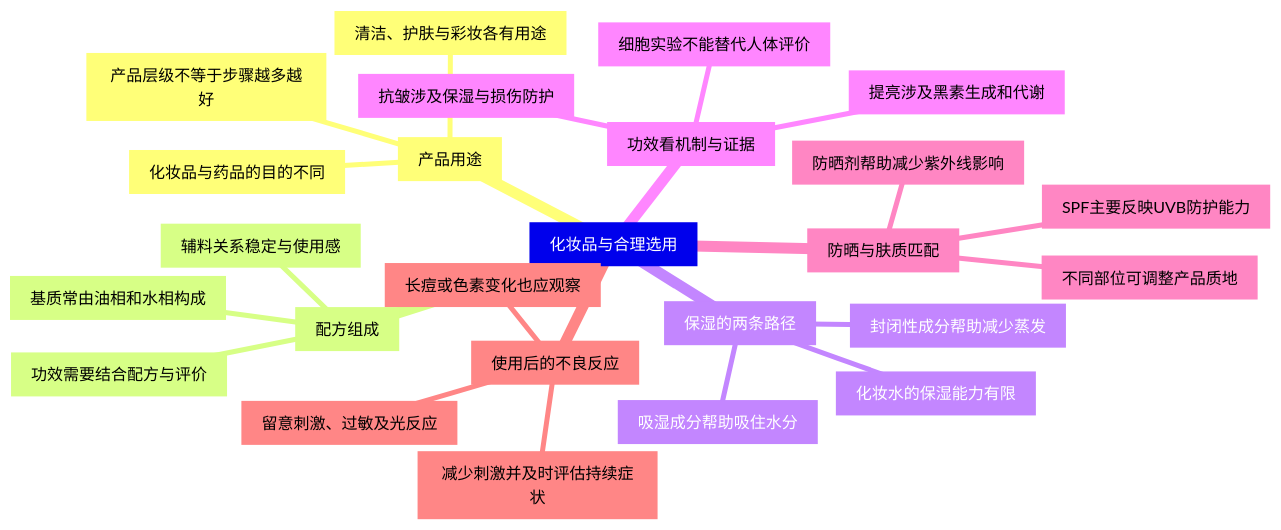
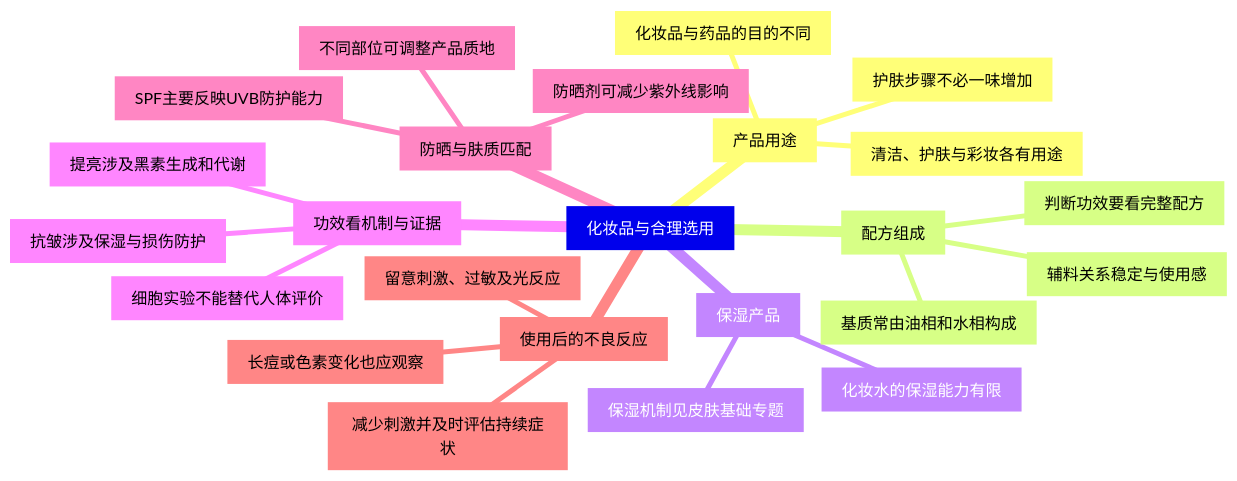
One commit to hanson2017ear/skin-barrier-skincare-course changed the diagram in docs/assets/lessons/cosmetics.mmd. Above: the diagram before and after it, drawn with Mermaid. The commit also changed 54 other files, not shown here.

Commit message:
Correct course chronology and teaching attribution; refine notes and diagrams

```diff
--- a/docs/assets/lessons/cosmetics.mmd
+++ b/docs/assets/lessons/cosmetics.mmd
@@ -1,26 +1,25 @@
 mindmap
   root["化妆品与合理选用"]
     b1["产品用途"]
       b1n1["化妆品与药品的目的不同"]
       b1n2["清洁、护肤与彩妆各有用途"]
-      b1n3["产品层级不等于步骤越多越好"]
+      b1n3["护肤步骤不必一味增加"]
     b2["配方组成"]
       b2n1["基质常由油相和水相构成"]
       b2n2["辅料关系稳定与使用感"]
-      b2n3["功效需要结合配方与评价"]
-    b3["保湿的两条路径"]
-      b3n1["吸湿成分帮助吸住水分"]
-      b3n2["封闭性成分帮助减少蒸发"]
-      b3n3["化妆水的保湿能力有限"]
+      b2n3["判断功效要看完整配方"]
+    b3["保湿产品"]
+      b3n1["保湿机制见皮肤基础专题"]
+      b3n2["化妆水的保湿能力有限"]
     b4["功效看机制与证据"]
       b4n1["抗皱涉及保湿与损伤防护"]
       b4n2["提亮涉及黑素生成和代谢"]
       b4n3["细胞实验不能替代人体评价"]
     b5["防晒与肤质匹配"]
-      b5n1["防晒剂帮助减少紫外线影响"]
+      b5n1["防晒剂可减少紫外线影响"]
       b5n2["SPF主要反映UVB防护能力"]
       b5n3["不同部位可调整产品质地"]
     b6["使用后的不良反应"]
       b6n1["留意刺激、过敏及光反应"]
       b6n2["长痘或色素变化也应观察"]
       b6n3["减少刺激并及时评估持续症状"]
```
